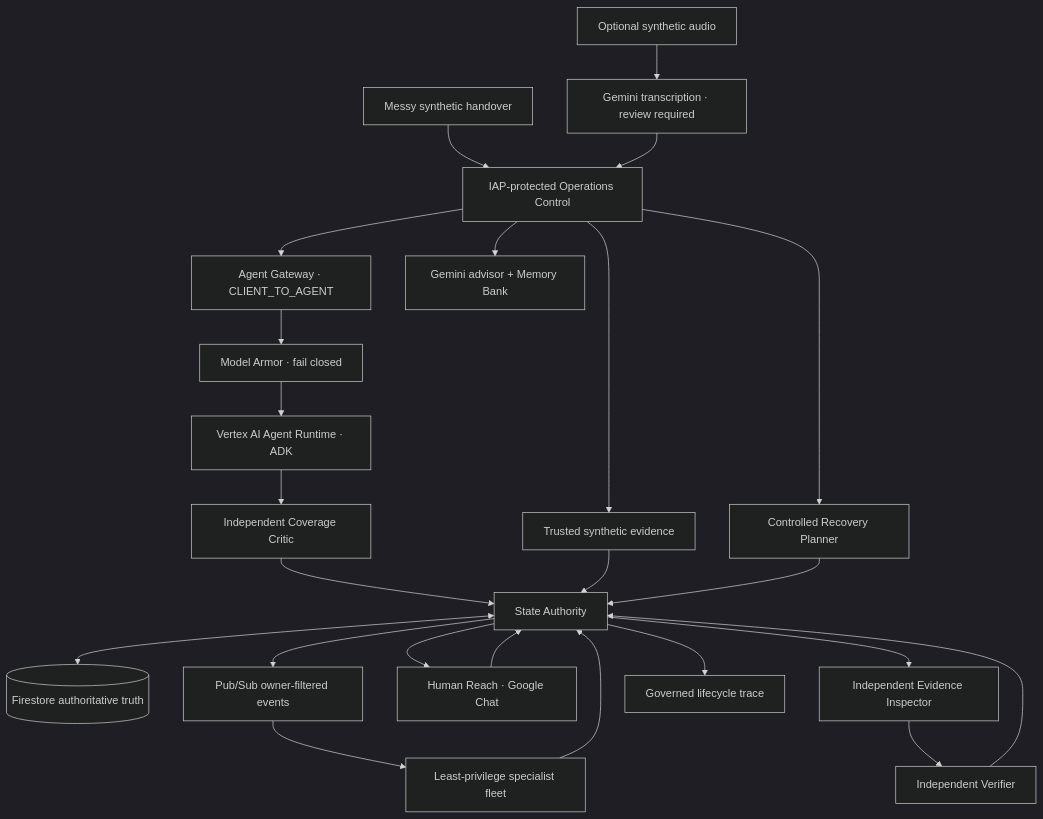
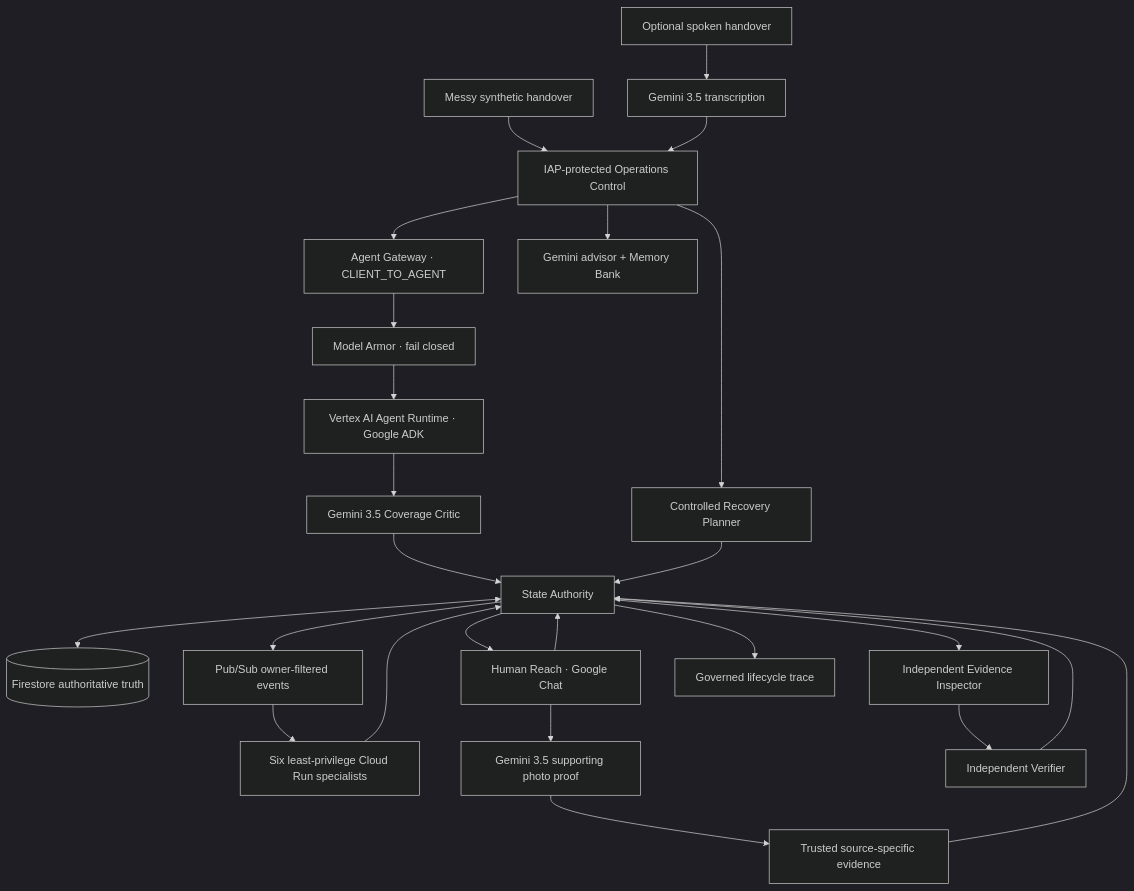
Before and after one commit to Paddyboy76/next-shift: the diagram in README.md, drawn with Mermaid (dark theme). The commit also changed other lines of this file and 49 other files, not shown here.

````diff
--- a/README.md
+++ b/README.md
@@ -31,26 +37,27 @@
 ```mermaid
 flowchart TD
     H[Messy synthetic handover] --> UI[IAP-protected Operations Control]
-    AU[Optional synthetic audio] --> GM[Gemini transcription · review required]
-    GM --> UI
+    AU[Optional spoken handover] --> ST[Gemini 3.5 transcription]
+    ST --> UI
     UI --> GW[Agent Gateway · CLIENT_TO_AGENT]
     GW --> MA[Model Armor · fail closed]
-    MA --> AR[Vertex AI Agent Runtime · ADK]
-    AR --> CC[Independent Coverage Critic]
+    MA --> AR[Vertex AI Agent Runtime · Google ADK]
+    AR --> CC[Gemini 3.5 Coverage Critic]
     CC --> SA[State Authority]
     SA <--> FS[(Firestore authoritative truth)]
     SA --> PS[Pub/Sub owner-filtered events]
-    PS --> SP[Least-privilege specialist fleet]
+    PS --> SP[Six least-privilege Cloud Run specialists]
     SP --> SA
     SA --> HR[Human Reach · Google Chat]
     HR --> SA
-    UI --> TE[Trusted synthetic evidence]
+    HR --> VP[Gemini 3.5 supporting photo proof]
+    VP --> TE[Trusted source-specific evidence]
     TE --> SA
     SA --> EI[Independent Evidence Inspector]
     EI --> IV[Independent Verifier]
     IV --> SA
     UI --> RP[Controlled Recovery Planner]
     RP --> SA
     UI --> MB[Gemini advisor + Memory Bank]
     SA --> TR[Governed lifecycle trace]
 ```
````
